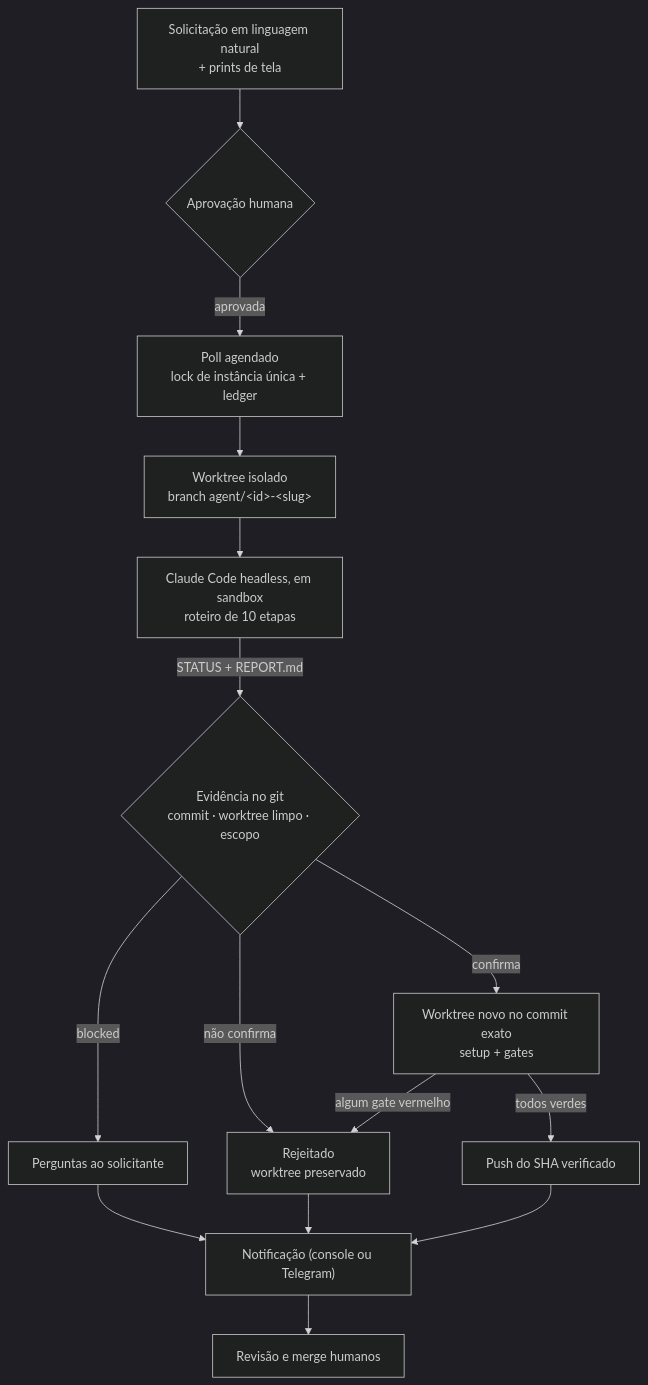
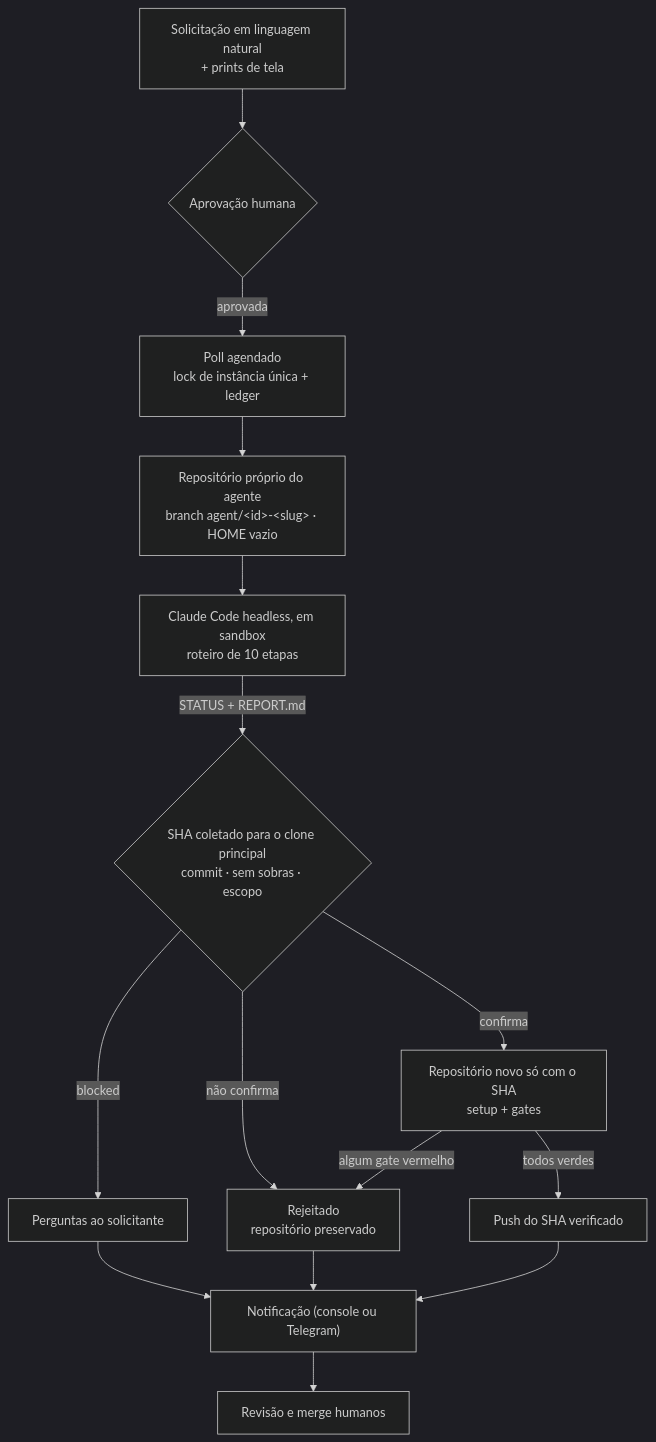
The diagram in README.md (marcosrebelo97/evidence-gated-agent), drawn with Mermaid (dark theme) before and after one commit. The commit also changed other lines of this file and 6 other files, not shown here.

````diff
--- a/README.md
+++ b/README.md
@@ -34,17 +34,17 @@
 ```mermaid
 flowchart TD
     A["Solicitação em linguagem natural<br/>+ prints de tela"] --> B{"Aprovação humana"}
     B -- aprovada --> C["Poll agendado<br/>lock de instância única + ledger"]
-    C --> D["Worktree isolado<br/>branch agent/&lt;id&gt;-&lt;slug&gt;"]
+    C --> D["Repositório próprio do agente<br/>branch agent/&lt;id&gt;-&lt;slug&gt; · HOME vazio"]
     D --> E["Claude Code headless, em sandbox<br/>roteiro de 10 etapas"]
-    E -- "STATUS + REPORT.md" --> F{"Evidência no git<br/>commit · worktree limpo · escopo"}
+    E -- "STATUS + REPORT.md" --> F{"SHA coletado para o clone principal<br/>commit · sem sobras · escopo"}
     F -- blocked --> G["Perguntas ao solicitante"]
-    F -- "não confirma" --> I["Rejeitado<br/>worktree preservado"]
-    F -- confirma --> V["Worktree novo no commit exato<br/>setup + gates"]
+    F -- "não confirma" --> I["Rejeitado<br/>repositório preservado"]
+    F -- confirma --> V["Repositório novo só com o SHA<br/>setup + gates"]
     V -- "algum gate vermelho" --> I
     V -- "todos verdes" --> H["Push do SHA verificado"]
     G --> J["Notificação (console ou Telegram)"]
     H --> J
     I --> J
     J --> K["Revisão e merge humanos"]
 ```
````
